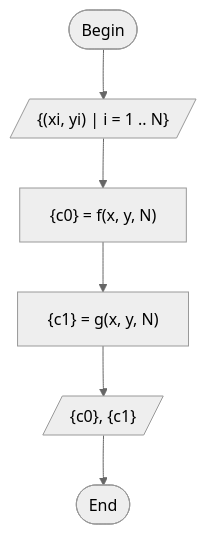
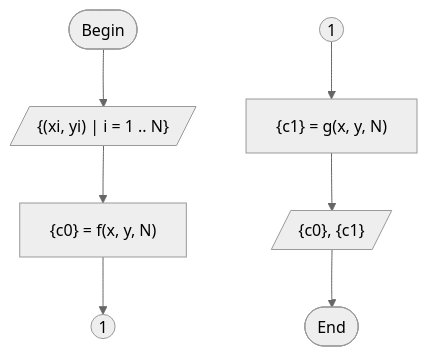
Before and after one commit to yunoooo111/lecture-notes: the diagram in content/notes/fi4002/linear-interpolation.md, drawn with Mermaid (neutral theme). The commit also changed other lines of this file, not shown here.

```diff
--- a/content/notes/fi4002/linear-interpolation.md
+++ b/content/notes/fi4002/linear-interpolation.md
@@ -153,10 +155,13 @@
 {{< mermaid align="left" >}}
 flowchart TD
-  B --> I --> P1 --> P2 --> O --> E
+  B --> I --> P1 --> o1a
+  o1b --> P2 --> O --> E
   B(["Begin"])
   I[/"{(xi, yi) | i = 1 .. N}"/]
   P1["{c0} = f(x, y, N)"]
+  o1a(("1"))
+  o1b(("1"))
   P2["{c1} = g(x, y, N)"]
   O[/"{c0}, {c1}"/]
   E(["End"])
 {{< /mermaid >}}
```
